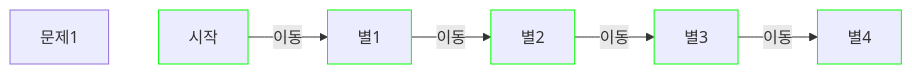
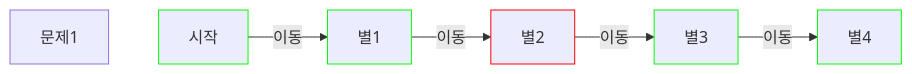
Before and after one commit to silpiria98/silpiria98.github.io: the first of 11 diagrams in _posts/2023-12-17-이노베이션-아카데미(42서울)-비전공자를-위한-논리테스트-팁과-후기.md, drawn with Mermaid. The commit also changed other lines of this file, not shown here.

````diff
--- a/_posts/2023-12-17-이노베이션-아카데미(42서울)-비전공자를-위한-논리테스트-팁과-후기.md
+++ b/_posts/2023-12-17-이노베이션-아카데미(42서울)-비전공자를-위한-논리테스트-팁과-후기.md
@@ -16,6 +16,8 @@
 ```mermaid!
+%%{init: { "flowchart": { "useMaxWidth": false } } }%%
 flowchart LR
-    문제1 ~~~ 시작:::green -- 이동 --> 별1:::green  -- 이동 --> 별2:::green  -- 이동 --> 별3:::green  -- 이동 --> 별4:::green 
+    문제1 ~~~ 시작:::green -- 이동 --> 별1:::green  -- 이동 --> 별2:::red  -- 이동 --> 별3:::green  -- 이동 --> 별4:::green 
     classDef green stroke:#0f0
+    classDef red stroke:#f00
     
 ```
````
